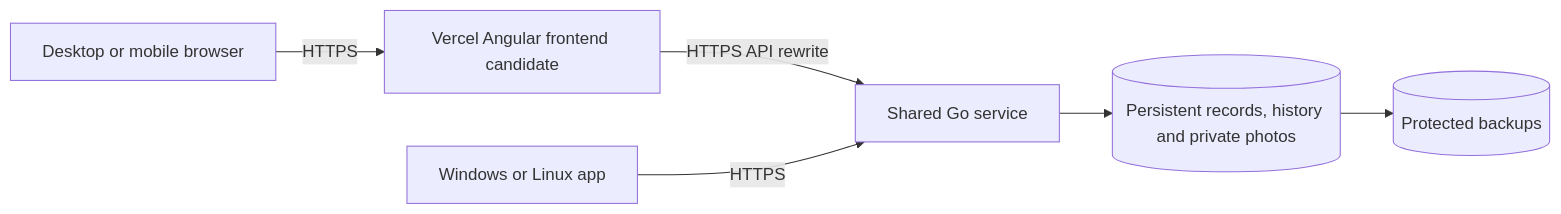
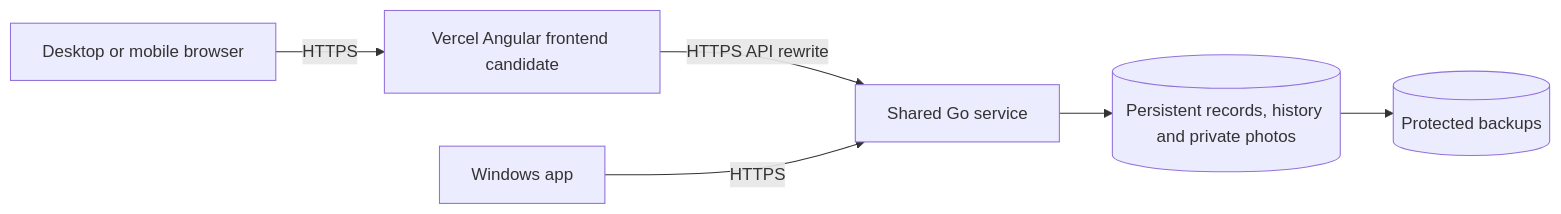
Before and after one commit to moha-al-ariefy/campus-lost-and-found: the diagram in docs/milestone-coverage.md, drawn with Mermaid. The commit also changed other lines of this file and 39 other files, not shown here.

````diff
--- a/docs/milestone-coverage.md
+++ b/docs/milestone-coverage.md
@@ -51,8 +71,8 @@
 ```mermaid
 flowchart LR
     Browser[Desktop or mobile browser] -->|HTTPS| Web[Vercel Angular frontend candidate]
     Web -->|HTTPS API rewrite| Go[Shared Go service]
-    App[Windows or Linux app] -->|HTTPS| Go
+    App[Windows app] -->|HTTPS| Go
     Go --> Data[(Persistent records, history and private photos)]
     Data --> Backup[(Protected backups)]
 ```
````
